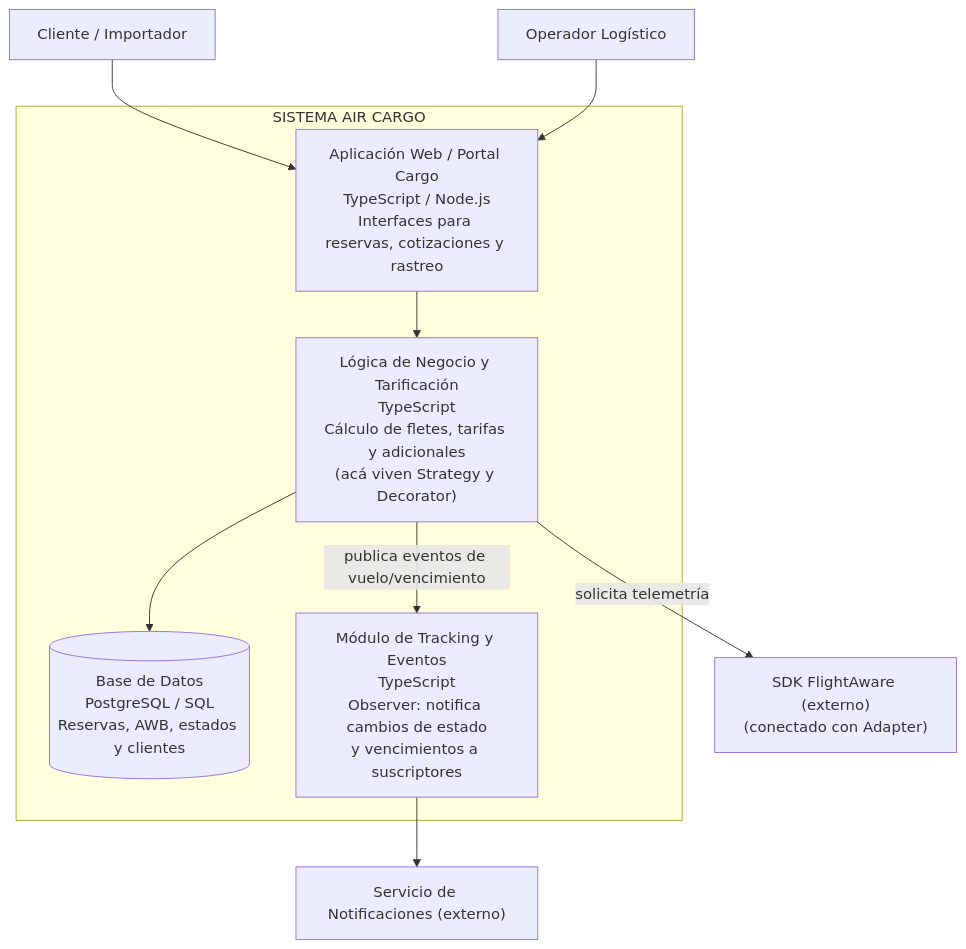
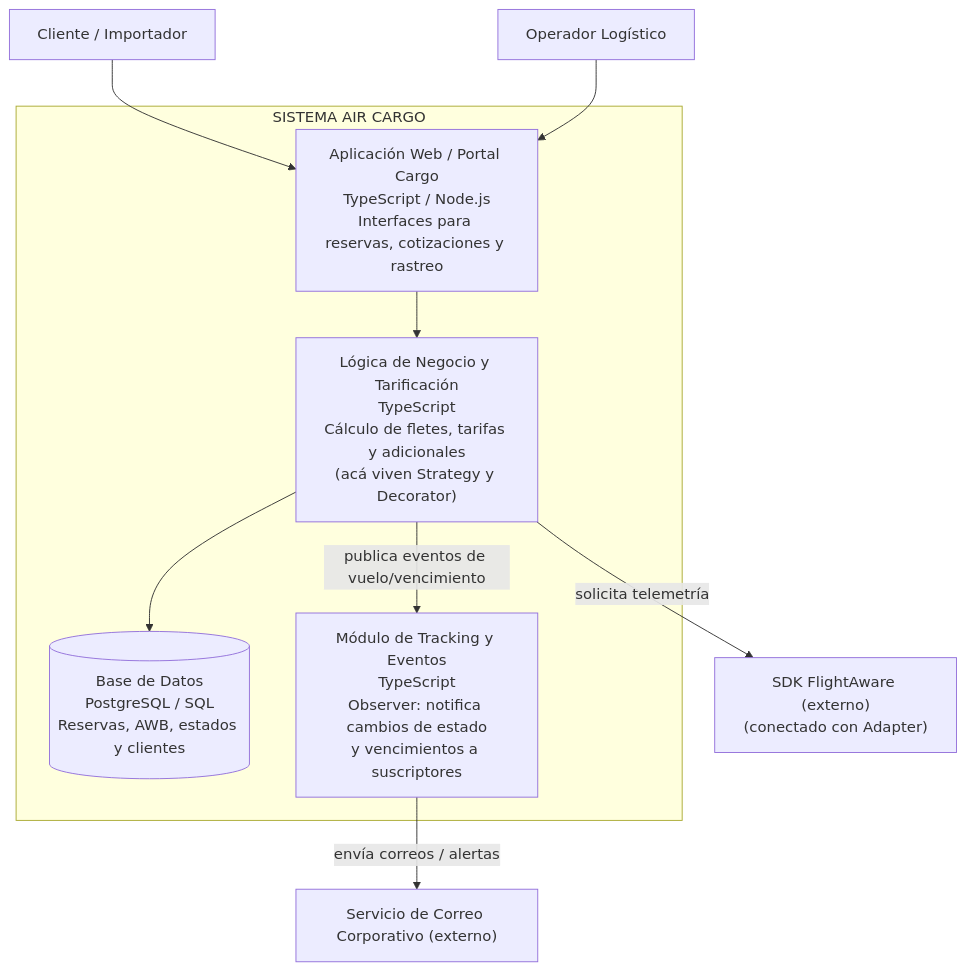
One commit to escalera2/expediente-arq-escalera changed the second of 2 diagrams in h4/README.md. Above: the diagram before and after it, drawn with Mermaid. The commit also changed other lines of this file, not shown here.

Commit message:
update reademe mermaid diagram

````diff
--- a/h4/README.md
+++ b/h4/README.md
@@ -54,27 +52,27 @@
 ```mermaid
 flowchart TB
     cliente["Cliente / Importador"]
     operador["Operador Logístico"]
 
     subgraph sistema["SISTEMA AIR CARGO"]
         webapp["Aplicación Web / Portal Cargo<br>TypeScript / Node.js<br>Interfaces para reservas, cotizaciones y rastreo"]
 
         api["Lógica de Negocio y Tarificación<br>TypeScript<br>Cálculo de fletes, tarifas y adicionales<br>(acá viven Strategy y Decorator)"]
 
         bd[("Base de Datos<br>PostgreSQL / SQL<br>Reservas, AWB, estados y clientes")]
 
         tracking["Módulo de Tracking y Eventos<br>TypeScript<br>Observer: notifica cambios de estado<br>y vencimientos a suscriptores"]
     end
 
     flightaware["SDK FlightAware (externo)<br>(conectado con Adapter)"]
-    notificador["Servicio de Notificaciones (externo)"]
+    notificador["Servicio de Correo Corporativo (externo)"]
 
     cliente --> webapp
     operador --> webapp
     webapp --> api
     api --> bd
     api -->|"solicita telemetría"| flightaware
     api -->|"publica eventos de vuelo/vencimiento"| tracking
-    tracking --> notificador
+    tracking -->|"envía correos / alertas"| notificador
 
 ```
````
